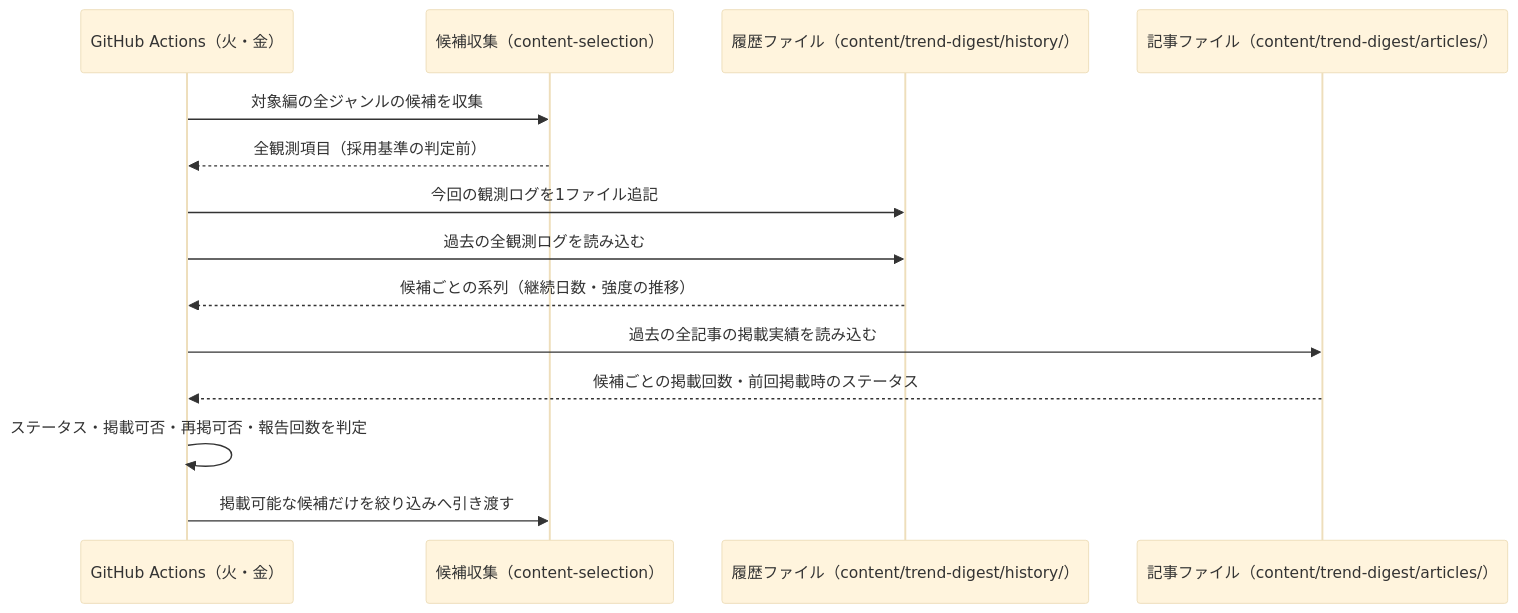
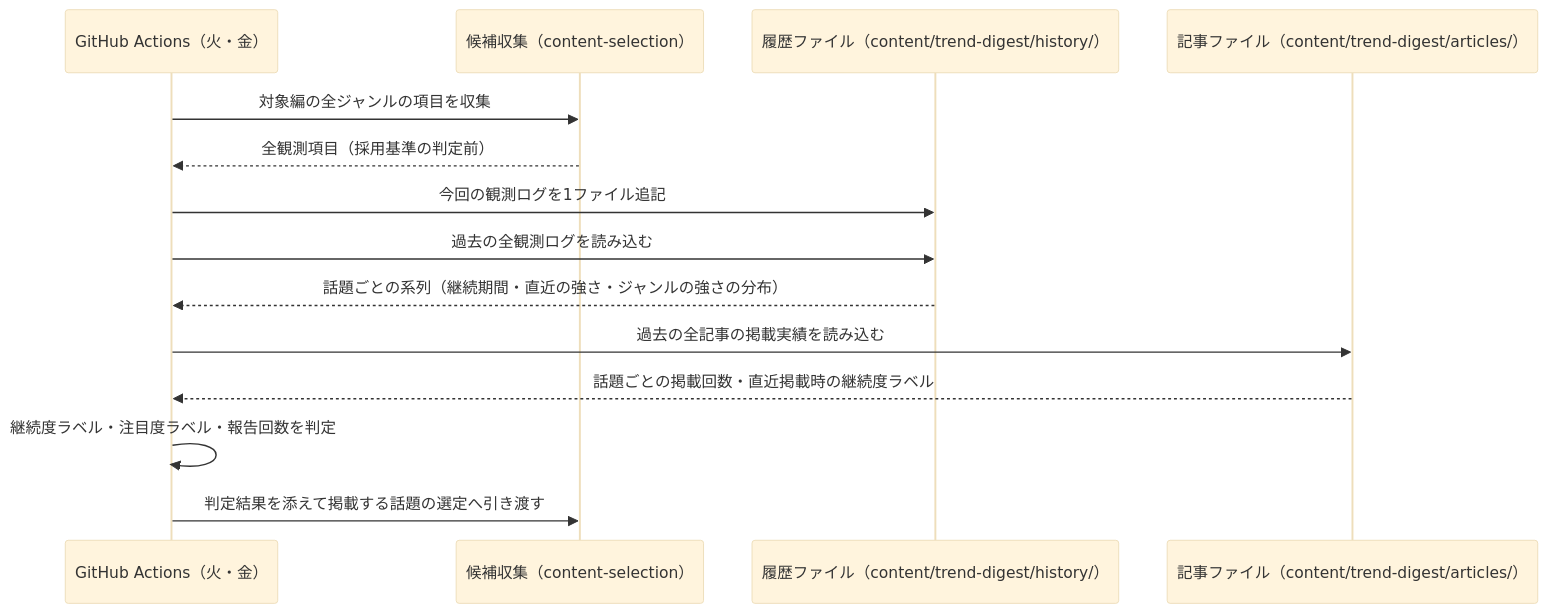
One commit to zakiyama0108/benriyatool changed the diagram in specs/trend-digest/trend-history/design.md. Above: the diagram before and after it, drawn with Mermaid (base theme). The commit also changed other lines of this file and 20 other files, not shown here.

````diff
--- a/specs/trend-digest/trend-history/design.md
+++ b/specs/trend-digest/trend-history/design.md
@@ -152,17 +145,17 @@
 ```mermaid
 sequenceDiagram
     participant actions as GitHub Actions（火・金）
     participant selection as 候補収集（content-selection）
     participant history as 履歴ファイル（content/trend-digest/history/）
     participant articles as 記事ファイル（content/trend-digest/articles/）
 
-    actions ->> selection: 対象編の全ジャンルの候補を収集
+    actions ->> selection: 対象編の全ジャンルの項目を収集
     selection -->> actions: 全観測項目（採用基準の判定前）
     actions ->> history: 今回の観測ログを1ファイル追記
     actions ->> history: 過去の全観測ログを読み込む
-    history -->> actions: 候補ごとの系列（継続日数・強度の推移）
+    history -->> actions: 話題ごとの系列（継続期間・直近の強さ・ジャンルの強さの分布）
     actions ->> articles: 過去の全記事の掲載実績を読み込む
-    articles -->> actions: 候補ごとの掲載回数・前回掲載時のステータス
-    actions ->> actions: ステータス・掲載可否・再掲可否・報告回数を判定
-    actions ->> selection: 掲載可能な候補だけを絞り込みへ引き渡す
+    articles -->> actions: 話題ごとの掲載回数・直近掲載時の継続度ラベル
+    actions ->> actions: 継続度ラベル・注目度ラベル・報告回数を判定
+    actions ->> selection: 判定結果を添えて掲載する話題の選定へ引き渡す
 ```
````
